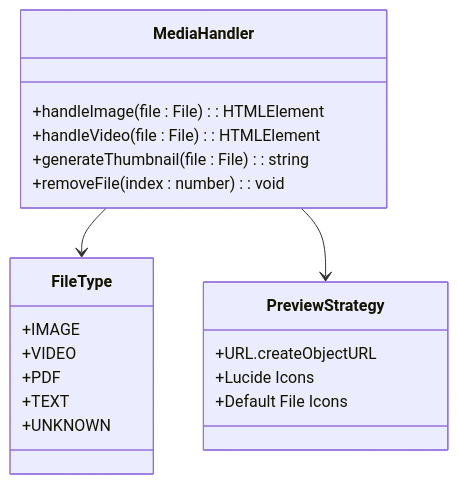
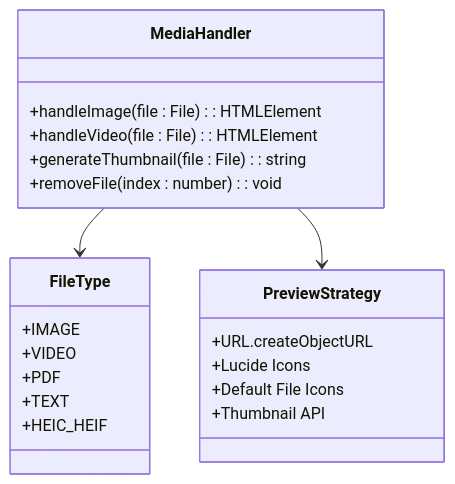
Before and after one commit to CubeEdge/Longhorn: the fourth of 8 diagrams in .qoder/repowiki/zh/content/AttachmentZone 附件上传组件.md, drawn with Mermaid. The commit also changed other lines of this file and 26 other files, not shown here.

````diff
--- a/.qoder/repowiki/zh/content/AttachmentZone 附件上传组件.md
+++ b/.qoder/repowiki/zh/content/AttachmentZone 附件上传组件.md
@@ -160,23 +167,24 @@
 ```mermaid
 classDiagram
 class MediaHandler {
 +handleImage(file : File) : HTMLElement
 +handleVideo(file : File) : HTMLElement
 +generateThumbnail(file : File) : string
 +removeFile(index : number) : void
 }
 class FileType {
 +IMAGE
 +VIDEO
 +PDF
 +TEXT
-+UNKNOWN
++HEIC_HEIF
 }
 class PreviewStrategy {
 +URL.createObjectURL
 +Lucide Icons
 +Default File Icons
++Thumbnail API
 }
 MediaHandler --> FileType
 MediaHandler --> PreviewStrategy
 ```
````
